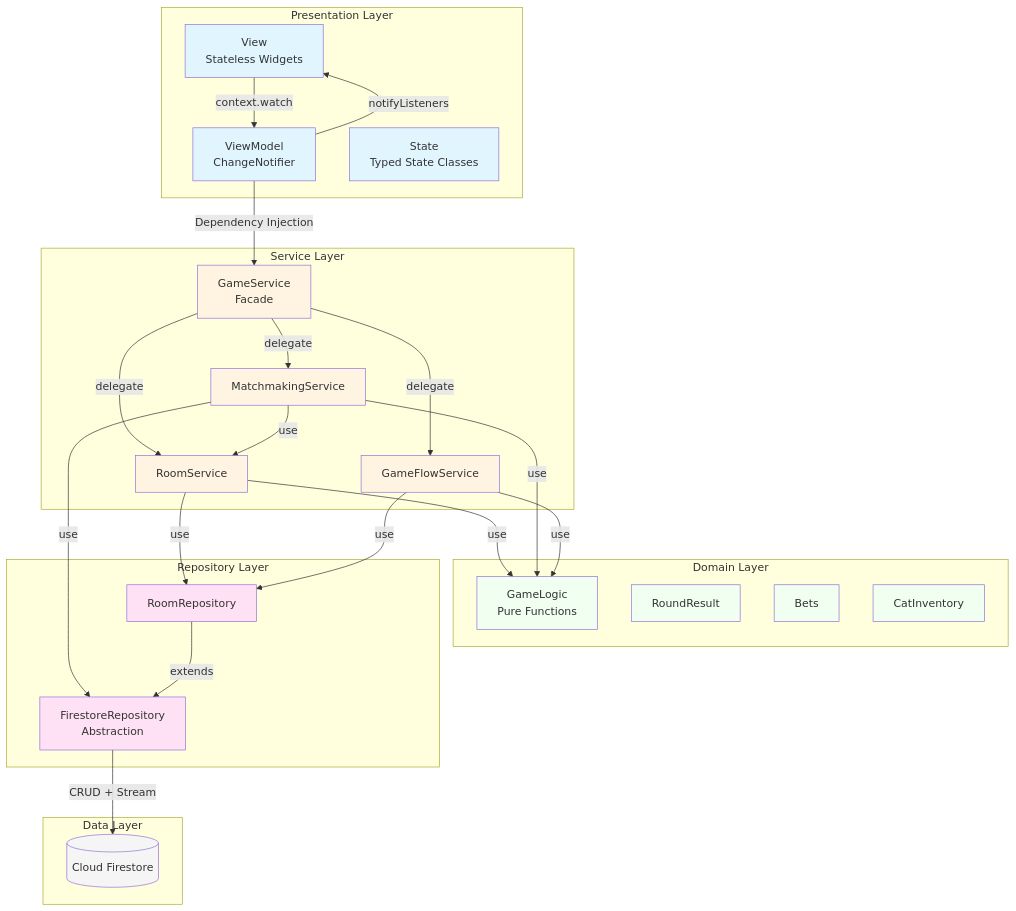
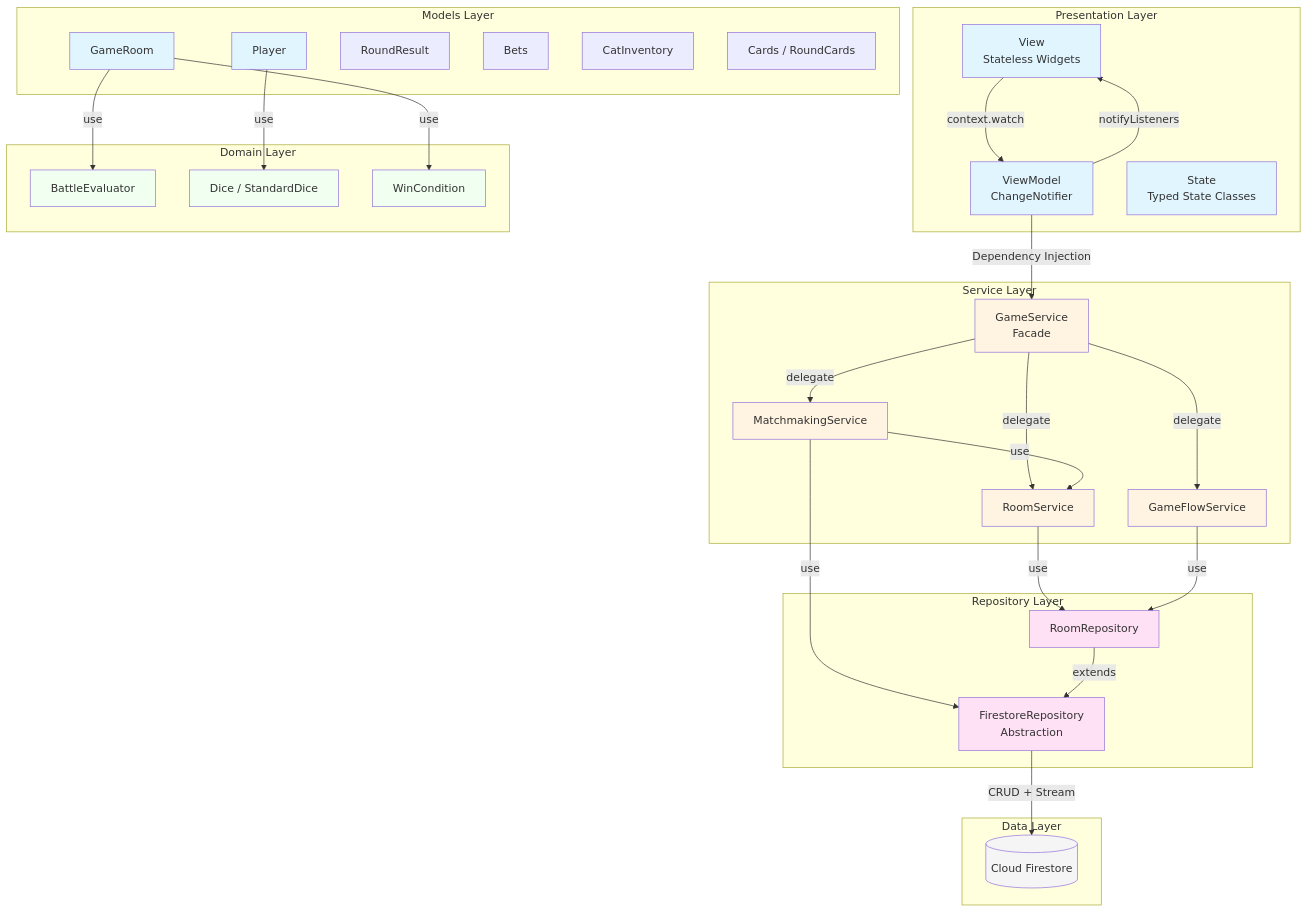
The first of 3 diagrams in docs/architecture/01_overview.md (YotaMomose/battle_for_the_cats), drawn with Mermaid before and after one commit. The commit also changed other lines of this file and 5 other files, not shown here.

````diff
--- a/docs/architecture/01_overview.md
+++ b/docs/architecture/01_overview.md
@@ -7,65 +7,75 @@
 ```mermaid
 graph TB
     subgraph "Presentation Layer"
         View[View<br/>Stateless Widgets]
         ViewModel[ViewModel<br/>ChangeNotifier]
         State[State<br/>Typed State Classes]
     end
     
     subgraph "Service Layer"
         GameService[GameService<br/>Facade]
         RoomService[RoomService]
         MatchmakingService[MatchmakingService]
         GameFlowService[GameFlowService]
     end
     
     subgraph "Domain Layer"
-        GameLogic[GameLogic<br/>Pure Functions]
+        BattleEvaluator[BattleEvaluator]
+        Dice[Dice / StandardDice]
+        WinCondition[WinCondition]
+    end
+
+    subgraph "Models Layer"
+        GameRoom[GameRoom]
+        Player[Player]
         RoundResult[RoundResult]
         Bets[Bets]
         CatInventory[CatInventory]
+        Cards[Cards / RoundCards]
     end
     
     subgraph "Repository Layer"
         RoomRepository[RoomRepository]
         FirestoreRepository[FirestoreRepository<br/>Abstraction]
     end
     
     subgraph "Data Layer"
         Firestore[(Cloud Firestore)]
     end
     
     View -->|context.watch| ViewModel
     ViewModel -->|notifyListeners| View
     ViewModel -->|Dependency Injection| GameService
     
     GameService -->|delegate| RoomService
     GameService -->|delegate| MatchmakingService
     GameService -->|delegate| GameFlowService
     
     RoomService -->|use| RoomRepository
-    RoomService -->|use| GameLogic
     MatchmakingService -->|use| FirestoreRepository
     MatchmakingService -->|use| RoomService
-    MatchmakingService -->|use| GameLogic
     GameFlowService -->|use| RoomRepository
-    GameFlowService -->|use| GameLogic
+    
+    GameRoom -->|use| BattleEvaluator
+    GameRoom -->|use| WinCondition
+    Player -->|use| Dice
     
     RoomRepository -->|extends| FirestoreRepository
     FirestoreRepository -->|CRUD + Stream| Firestore
     
     style View fill:#e1f5ff
     style ViewModel fill:#e1f5ff
     style State fill:#e1f5ff
     style GameService fill:#fff4e1
     style RoomService fill:#fff4e1
     style MatchmakingService fill:#fff4e1
     style GameFlowService fill:#fff4e1
-    style GameLogic fill:#f0fff0
-    style RoundResult fill:#f0fff0
-    style Bets fill:#f0fff0
-    style CatInventory fill:#f0fff0
+    style BattleEvaluator fill:#f0fff0
+    style Dice fill:#f0fff0
+    style WinCondition fill:#f0fff0
+    style GameRoom fill:#e1f5ff
+    style Player fill:#e1f5ff
     style RoomRepository fill:#ffe1f5
     style FirestoreRepository fill:#ffe1f5
     style Firestore fill:#f5f5f5
 ```
````
